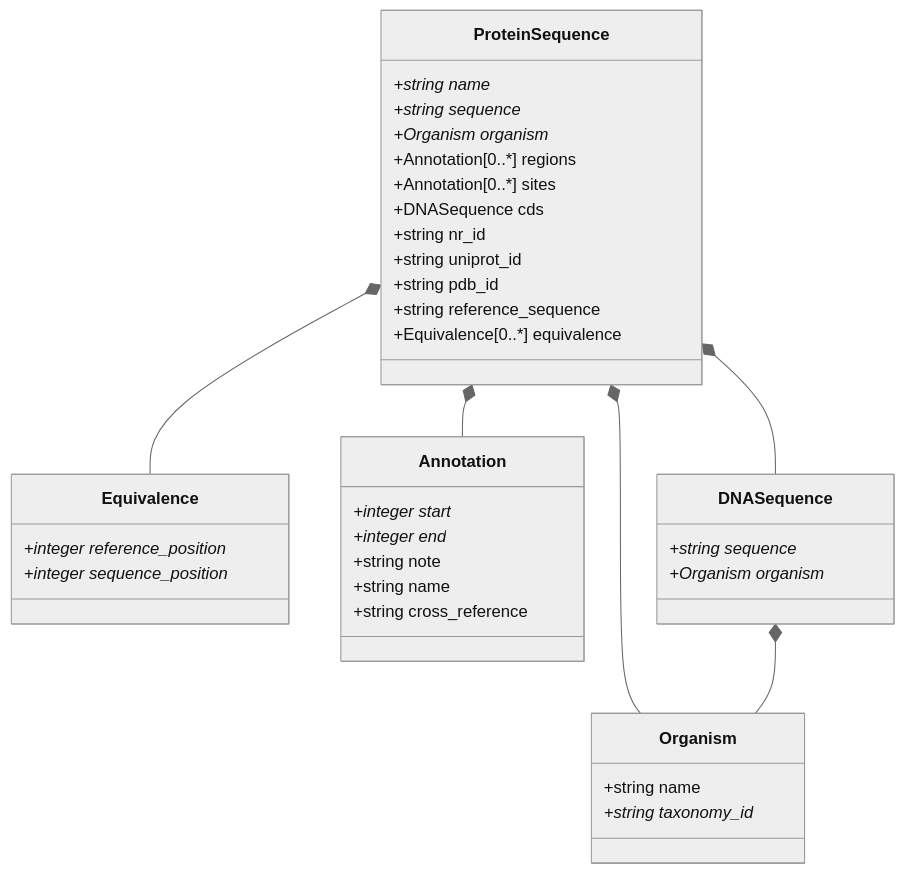
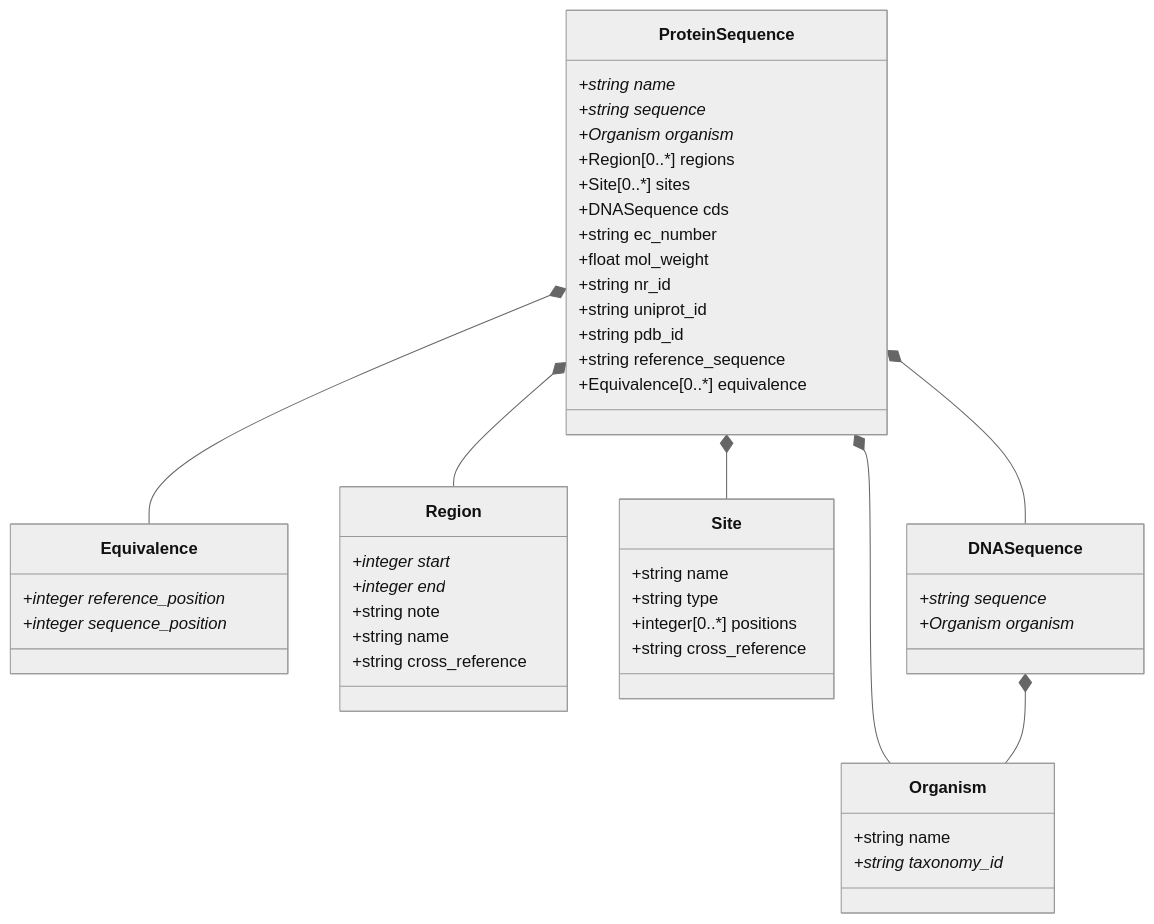
Before and after one commit to PyEED/pyeed: the diagram in pyEED/schemes/pyeed_schema.md, drawn with Mermaid (neutral theme). The commit also changed 16 other files, not shown here.

````diff
--- a/pyEED/schemes/pyeed_schema.md
+++ b/pyEED/schemes/pyeed_schema.md
@@ -1,46 +1,56 @@
 ```mermaid
 classDiagram
     ProteinSequence *-- Organism
     ProteinSequence *-- Equivalence
-    ProteinSequence *-- Annotation
+    ProteinSequence *-- Region
+    ProteinSequence *-- Site
     ProteinSequence *-- DNASequence
     DNASequence *-- Organism
     
     class ProteinSequence {
         +string name*
         +string sequence*
         +Organism organism*
-        +Annotation[0..*] regions
-        +Annotation[0..*] sites
+        +Region[0..*] regions
+        +Site[0..*] sites
         +DNASequence cds
+        +string ec_number
+        +float mol_weight
         +string nr_id
         +string uniprot_id
         +string pdb_id
         +string reference_sequence
         +Equivalence[0..*] equivalence
     }
     
     class Organism {
         +string name
         +string taxonomy_id*
     }
     
     class Equivalence {
         +integer reference_position*
         +integer sequence_position*
     }
     
-    class Annotation {
+    class Region {
         +integer start*
         +integer end*
         +string note
         +string name
+        +string cross_reference
+    }
+    
+    class Site {
+        +string name
+        +string type
+        +integer[0..*] positions
         +string cross_reference
     }
     
     class DNASequence {
         +string sequence*
         +Organism organism*
     }
     
 ```
````
